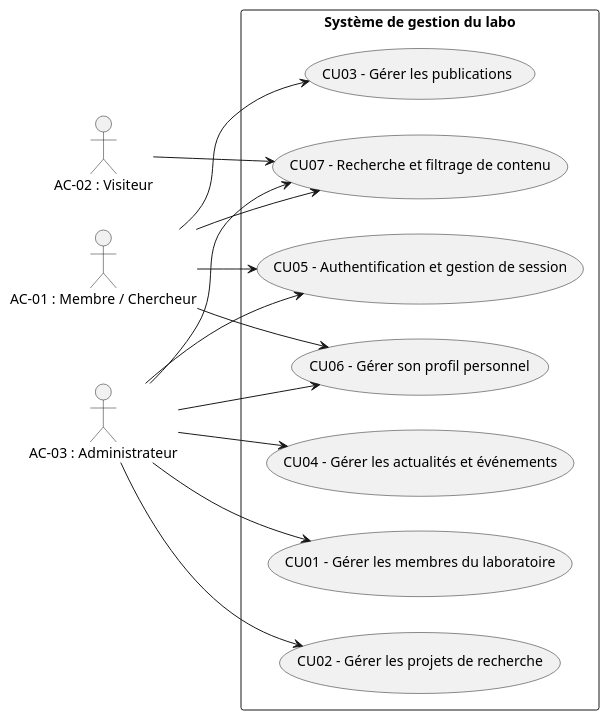
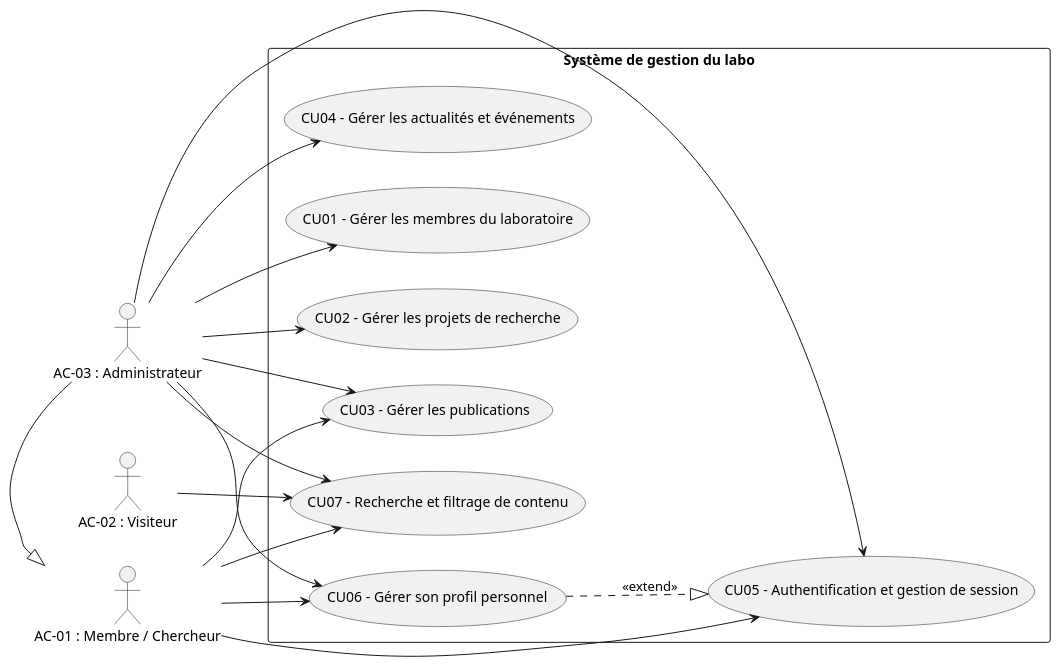
The diagram in doc/usecase/usecase.puml (stilab-ets/stilab-ets.github.io), drawn with PlantUML before and after one commit.

Commit message:
Modifying usecase diagram

```diff
--- a/doc/usecase/usecase.puml
+++ b/doc/usecase/usecase.puml
@@ -1,32 +1,43 @@
 @startuml
 left to right direction
 skinparam packageStyle rectangle
 
 actor "AC-01 : Membre / Chercheur" as Membre
 actor "AC-02 : Visiteur" as Visiteur
 actor "AC-03 : Administrateur" as Admin
+
+Admin -|> Membre
 
 rectangle "Système de gestion du labo" {
   
   usecase "CU01 - Gérer les membres du laboratoire" as CU01
   usecase "CU02 - Gérer les projets de recherche" as CU02
   usecase "CU03 - Gérer les publications" as CU03
   usecase "CU04 - Gérer les actualités et événements" as CU04
   usecase "CU05 - Authentification et gestion de session" as CU05
   usecase "CU06 - Gérer son profil personnel" as CU06
   usecase "CU07 - Recherche et filtrage de contenu" as CU07
 }
 
+' Admin-specific use cases
 Admin --> CU01
 Admin --> CU02
-Membre --> CU03
 Admin --> CU04
-Membre --> CU05
+
+' Admin does everything Membre does (explicitly)
+Admin --> CU03
 Admin --> CU05
-Membre --> CU06
 Admin --> CU06
-Membre --> CU07
-Visiteur --> CU07
 Admin --> CU07
 
+' Membre use cases
+Membre --> CU03
+Membre --> CU05
+Membre --> CU06
+Membre --> CU07
+
+Visiteur --> CU07
+
+CU06 ..|> CU05 : <<extend>>
+
 @enduml
```
